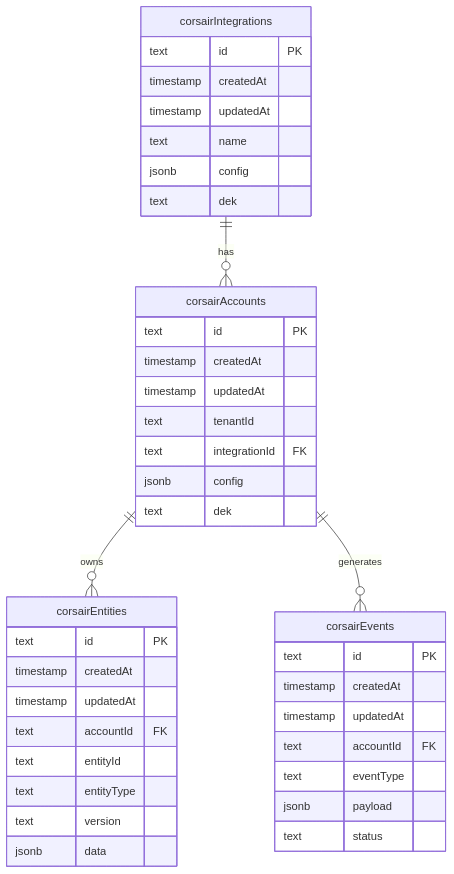
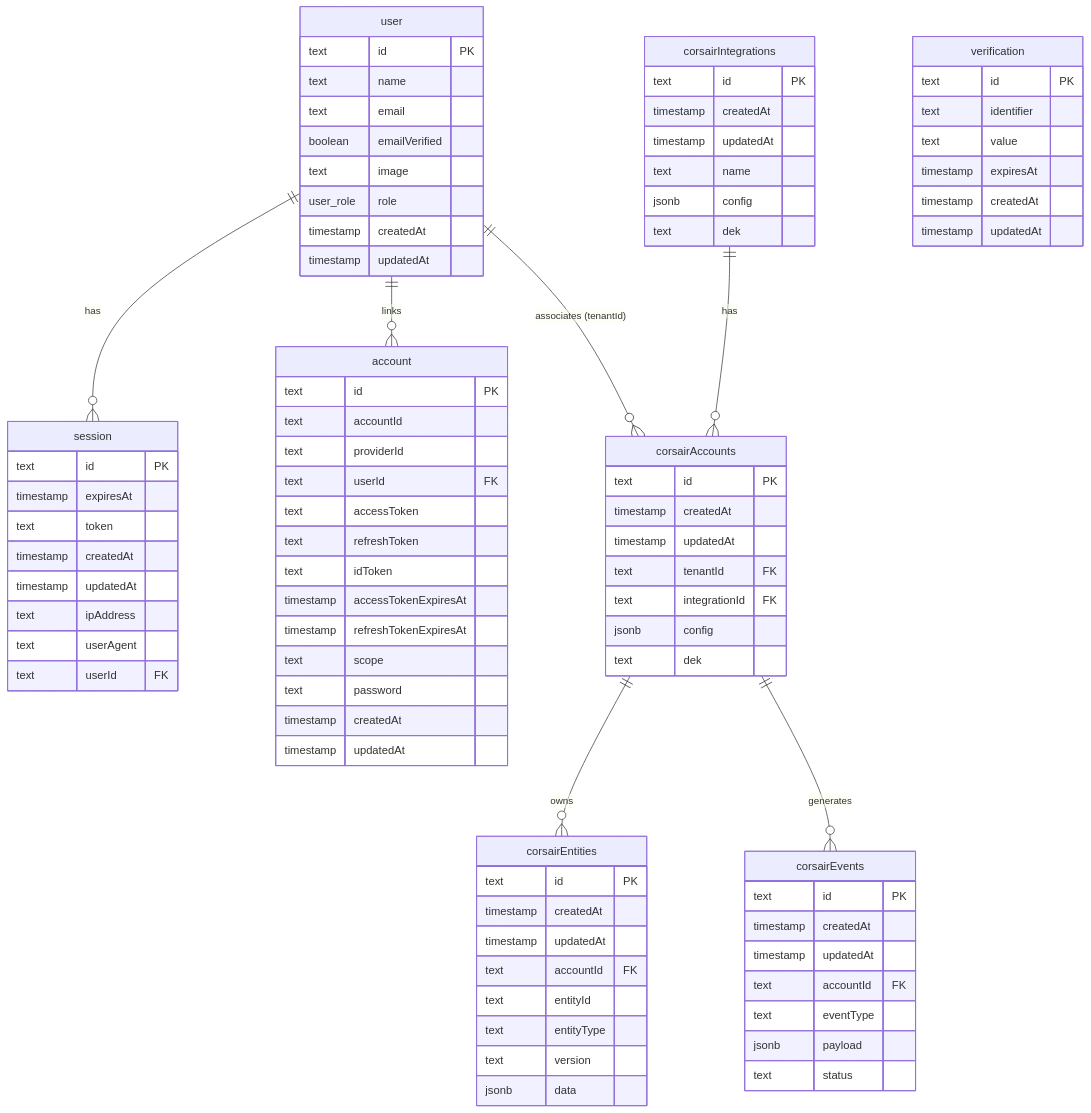
The diagram in README.md (sharmadipalidev/google-demo), drawn with Mermaid before and after one commit. The commit also changed other lines of this file, not shown here.

````diff
--- a/README.md
+++ b/README.md
@@ -68,8 +87,58 @@
 ```mermaid
 erDiagram
+    user ||--o{ session : "has"
+    user ||--o{ account : "links"
+    user ||--o{ corsairAccounts : "associates (tenantId)"
     corsairIntegrations ||--o{ corsairAccounts : "has"
     corsairAccounts ||--o{ corsairEntities : "owns"
     corsairAccounts ||--o{ corsairEvents : "generates"
+
+    user {
+        text id PK
+        text name
+        text email
+        boolean emailVerified
+        text image
+        user_role role
+        timestamp createdAt
+        timestamp updatedAt
+    }
+
+    session {
+        text id PK
+        timestamp expiresAt
+        text token
+        timestamp createdAt
+        timestamp updatedAt
+        text ipAddress
+        text userAgent
+        text userId FK
+    }
+
+    account {
+        text id PK
+        text accountId
+        text providerId
+        text userId FK
+        text accessToken
+        text refreshToken
+        text idToken
+        timestamp accessTokenExpiresAt
+        timestamp refreshTokenExpiresAt
+        text scope
+        text password
+        timestamp createdAt
+        timestamp updatedAt
+    }
+
+    verification {
+        text id PK
+        text identifier
+        text value
+        timestamp expiresAt
+        timestamp createdAt
+        timestamp updatedAt
+    }
 
     corsairIntegrations {
         text id PK
@@ -84,7 +153,7 @@
         text id PK
         timestamp createdAt
         timestamp updatedAt
-        text tenantId
+        text tenantId FK
         text integrationId FK
         jsonb config
         text dek
````
